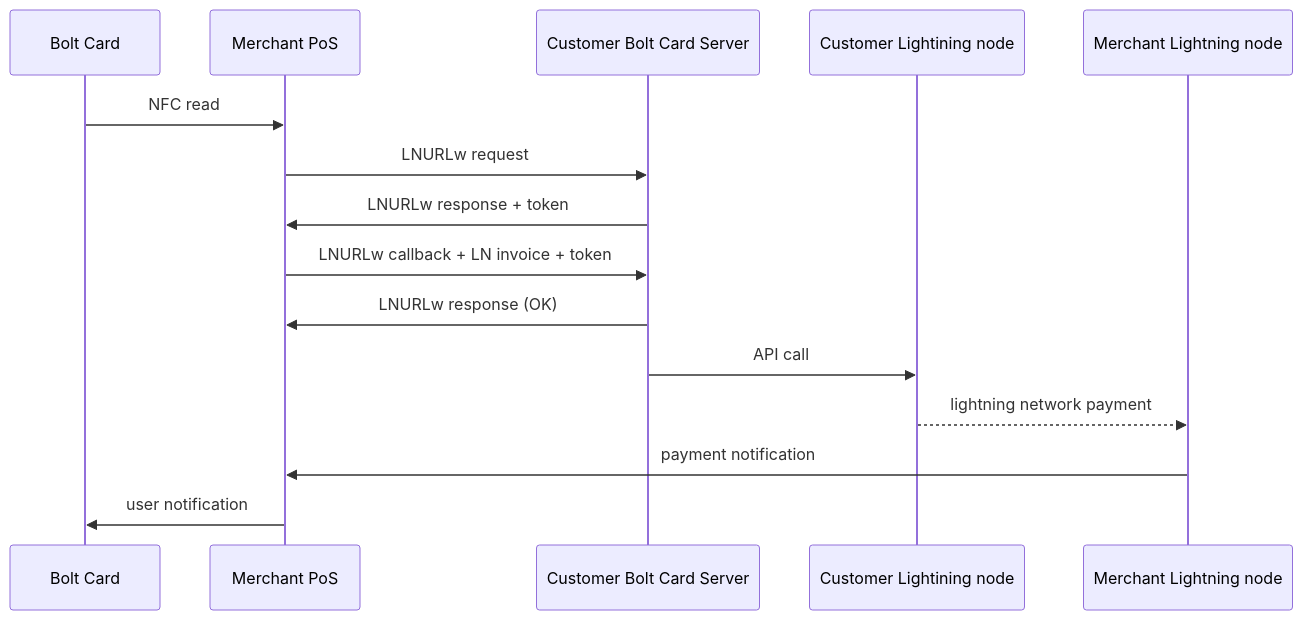
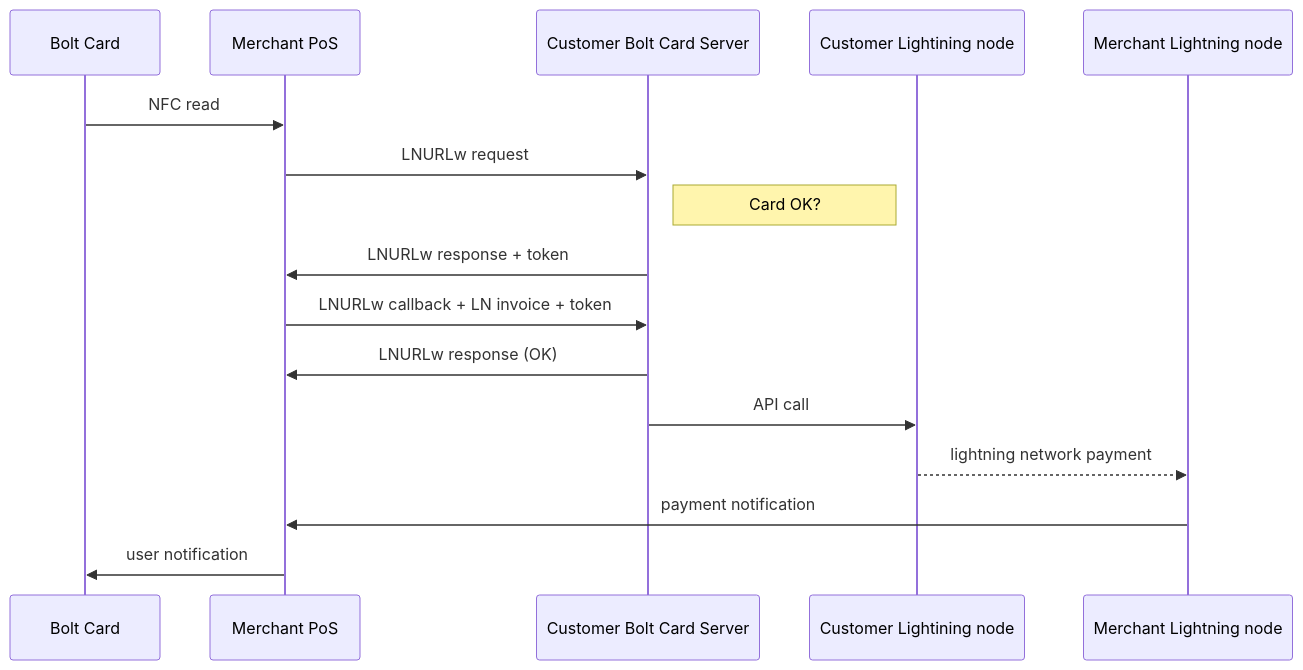
Before and after one commit to robertclarkson/mockend: the diagram in system.MD, drawn with Mermaid.

````diff
--- a/system.MD
+++ b/system.MD
@@ -3,17 +3,18 @@
 ```mermaid
 sequenceDiagram
     participant p1 as Bolt Card
     participant p2 as Merchant PoS
     participant p3 as Customer Bolt Card Server
     participant p4 as Customer Lightining node
     participant p5 as Merchant Lightning node
     p1->>p2: NFC read
     p2->>p3: LNURLw request
+    Note right of p3: Card OK?
     p3->>p2: LNURLw response + token
     p2->>p3: LNURLw callback + LN invoice + token
     p3->>p2: LNURLw response (OK)
     p3->>p4: API call
     p4-->>p5: lightning network payment
     p5->>p2: payment notification
     p2->>p1: user notification
 ```
````
